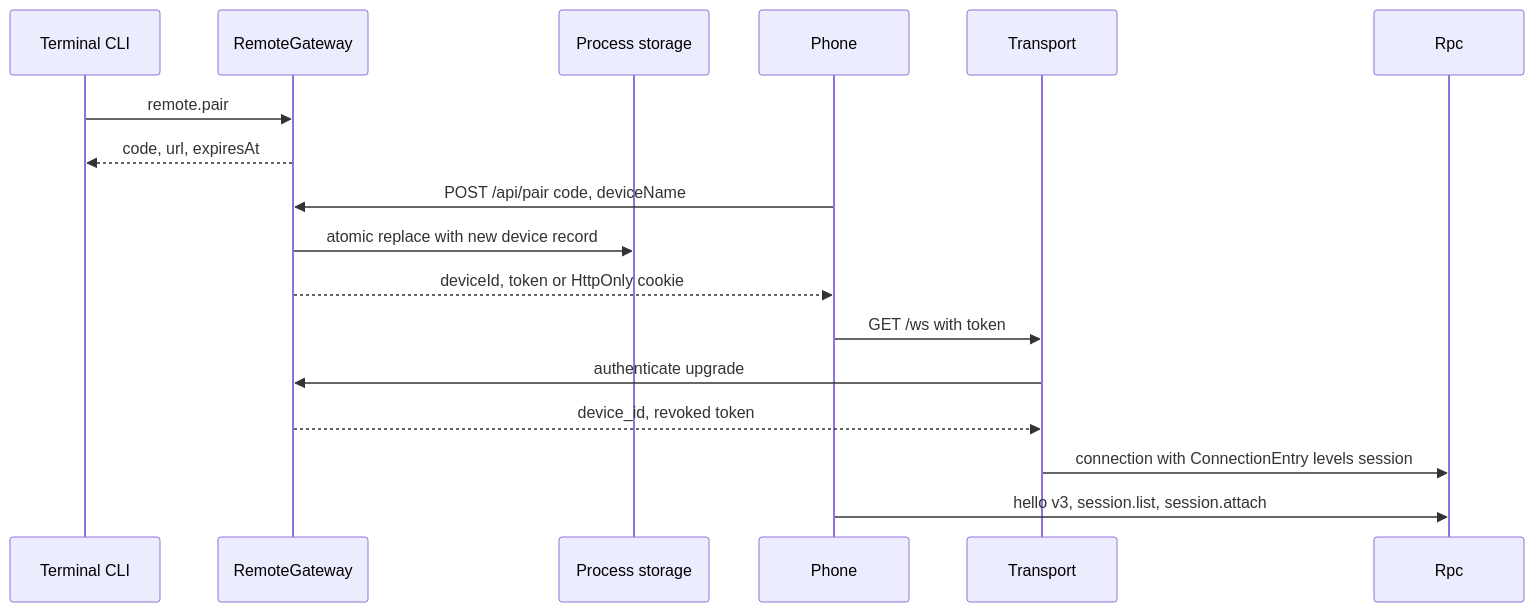
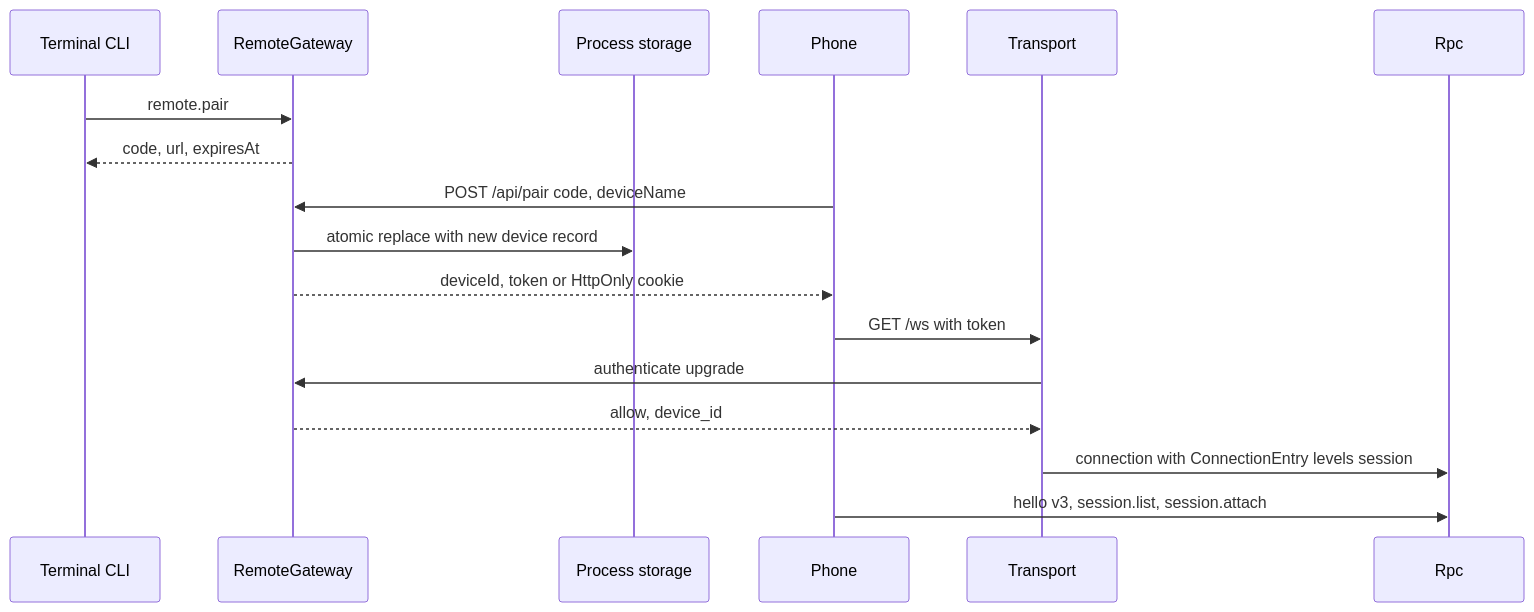
The third of 6 diagrams in docs/design/plugins/RemoteGateway.md (CoutinhoTTS/dim-agent), drawn with Mermaid before and after one commit. The commit also changed other lines of this file and 2 other files, not shown here.

````diff
--- a/docs/design/plugins/RemoteGateway.md
+++ b/docs/design/plugins/RemoteGateway.md
@@ -76,19 +76,19 @@
 ```mermaid
 sequenceDiagram
   participant U as Terminal CLI
   participant RG as RemoteGateway
   participant PS as Process storage
   participant D as Phone
   participant T as Transport
   participant R as Rpc
   U->>RG: remote.pair
   RG-->>U: code, url, expiresAt
   D->>RG: POST /api/pair code, deviceName
   RG->>PS: atomic replace with new device record
   RG-->>D: deviceId, token or HttpOnly cookie
   D->>T: GET /ws with token
   T->>RG: authenticate upgrade
-  RG-->>T: device_id, revoked token
+  RG-->>T: allow, device_id
   T->>R: connection with ConnectionEntry levels session
   D->>R: hello v3, session.list, session.attach
 ```
````
